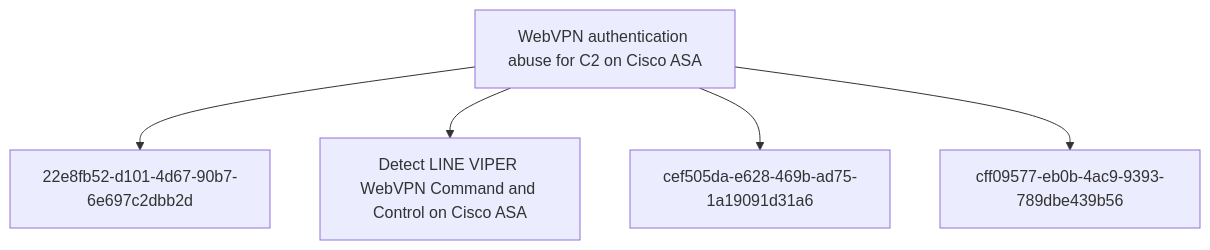
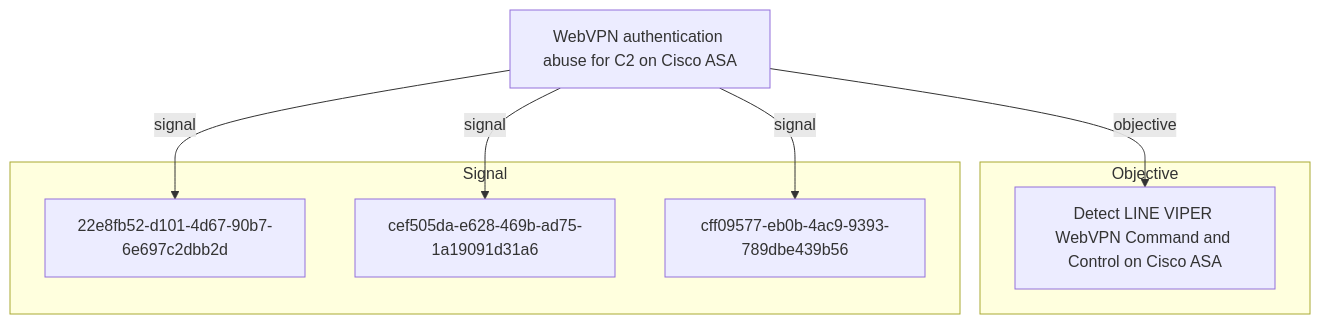
One commit to opentidehq/library changed the second of 2 diagrams in docs/threats/webvpn-authentication-abuse-for-c2-on-cisco-asa.md. Above: the diagram before and after it, drawn with Mermaid. The commit also changed other lines of this file and 277 other files, not shown here.

````diff
--- a/docs/threats/webvpn-authentication-abuse-for-c2-on-cisco-asa.md
+++ b/docs/threats/webvpn-authentication-abuse-for-c2-on-cisco-asa.md
@@ -116,12 +161,16 @@
 ```mermaid
 flowchart TB
-fcc552fb_b4d1_4b47_b366_104ec4d806ef["WebVPN authentication abuse for C2 on Cisco ASA"]
+subgraph "Objective"
+8546b0d8_c9e1_4a51_bf64_2b93c4159ebf["Detect LINE VIPER WebVPN Command and Control on Cisco ASA"]
+end
+subgraph "Signal"
 22e8fb52_d101_4d67_90b7_6e697c2dbb2d["22e8fb52-d101-4d67-90b7-6e697c2dbb2d"]
-8546b0d8_c9e1_4a51_bf64_2b93c4159ebf["Detect LINE VIPER WebVPN Command and Control on Cisco ASA"]
 cef505da_e628_469b_ad75_1a19091d31a6["cef505da-e628-469b-ad75-1a19091d31a6"]
 cff09577_eb0b_4ac9_9393_789dbe439b56["cff09577-eb0b-4ac9-9393-789dbe439b56"]
-fcc552fb_b4d1_4b47_b366_104ec4d806ef --> 22e8fb52_d101_4d67_90b7_6e697c2dbb2d
-fcc552fb_b4d1_4b47_b366_104ec4d806ef --> 8546b0d8_c9e1_4a51_bf64_2b93c4159ebf
-fcc552fb_b4d1_4b47_b366_104ec4d806ef --> cef505da_e628_469b_ad75_1a19091d31a6
-fcc552fb_b4d1_4b47_b366_104ec4d806ef --> cff09577_eb0b_4ac9_9393_789dbe439b56
+end
+fcc552fb_b4d1_4b47_b366_104ec4d806ef["WebVPN authentication abuse for C2 on Cisco ASA"]
+fcc552fb_b4d1_4b47_b366_104ec4d806ef -->|objective| 8546b0d8_c9e1_4a51_bf64_2b93c4159ebf
+fcc552fb_b4d1_4b47_b366_104ec4d806ef -->|signal| 22e8fb52_d101_4d67_90b7_6e697c2dbb2d
+fcc552fb_b4d1_4b47_b366_104ec4d806ef -->|signal| cef505da_e628_469b_ad75_1a19091d31a6
+fcc552fb_b4d1_4b47_b366_104ec4d806ef -->|signal| cff09577_eb0b_4ac9_9393_789dbe439b56
 ```
````
